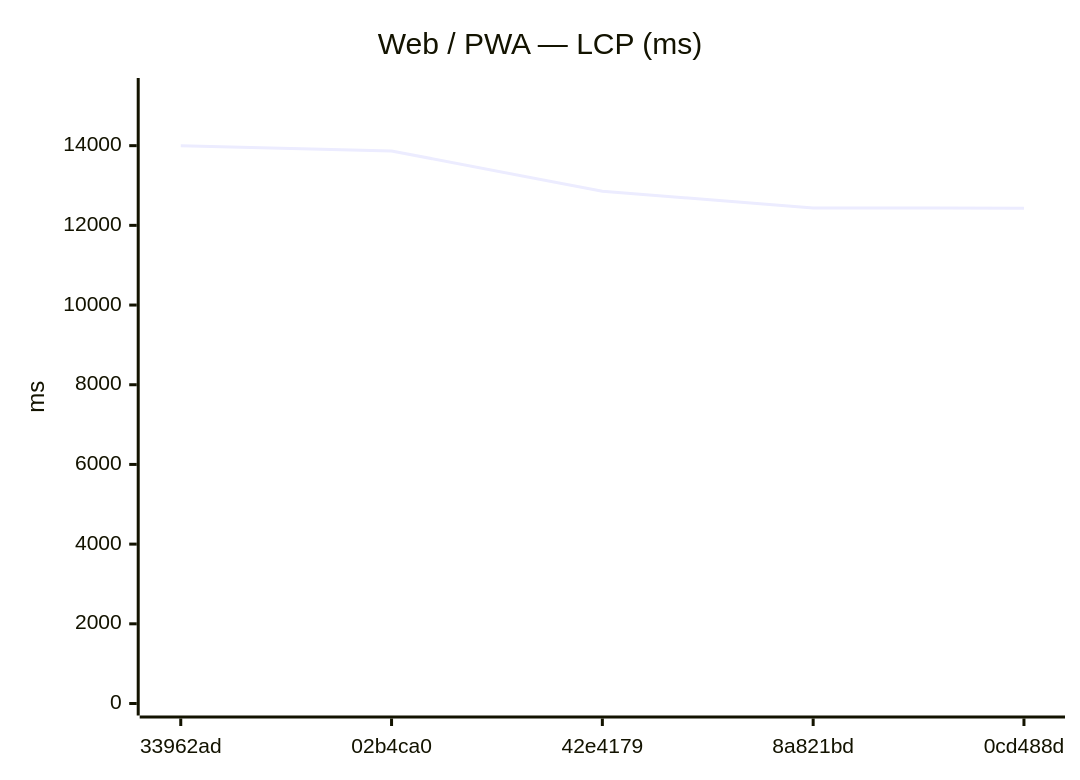
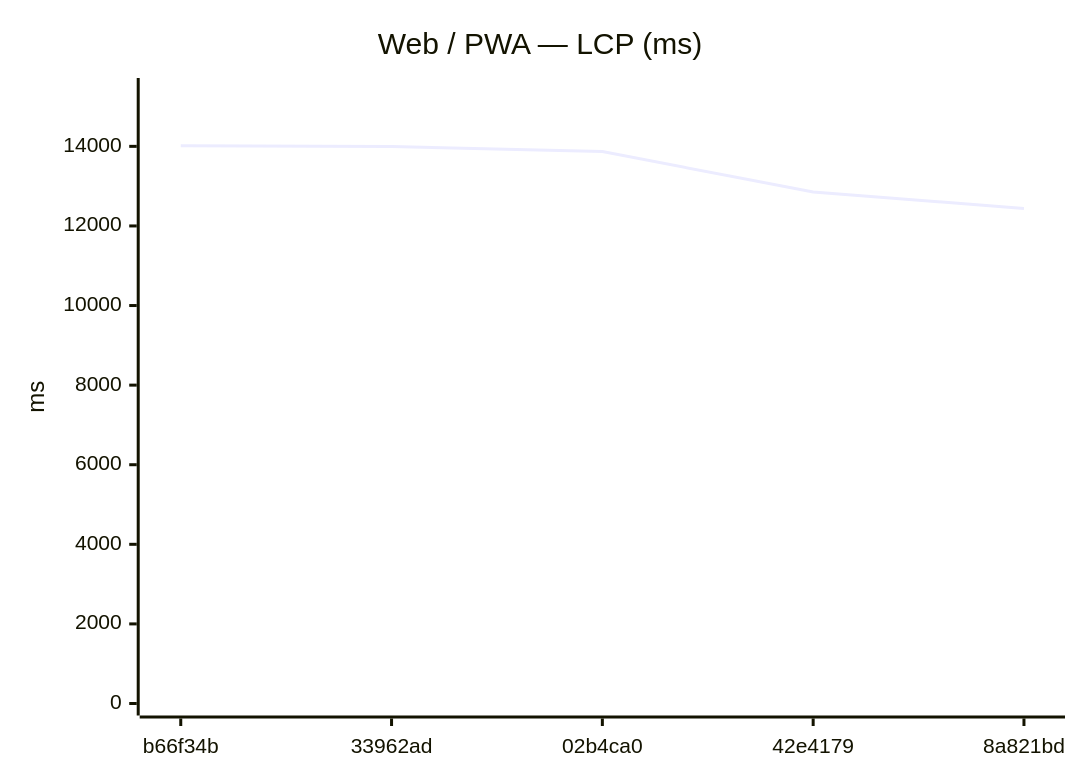
The seventh of 18 diagrams in benchmarks/compare.md (Metaheurist/Rianell), drawn with Mermaid before and after one commit. The commit also changed other lines of this file and 11 other files, not shown here.

````diff
--- a/benchmarks/compare.md
+++ b/benchmarks/compare.md
@@ -117,7 +117,7 @@
 ```mermaid
 xychart-beta
     title "Web / PWA — LCP (ms)"
-    x-axis ["33962ad", "02b4ca0", "42e4179", "8a821bd", "0cd488d"]
-    y-axis "ms" 0 --> 15397
-    line [13997, 13868, 12854, 12437, 12430]
+    x-axis ["b66f34b", "33962ad", "02b4ca0", "42e4179", "8a821bd"]
+    y-axis "ms" 0 --> 15416
+    line [14014, 13997, 13868, 12854, 12437]
 ```
````
